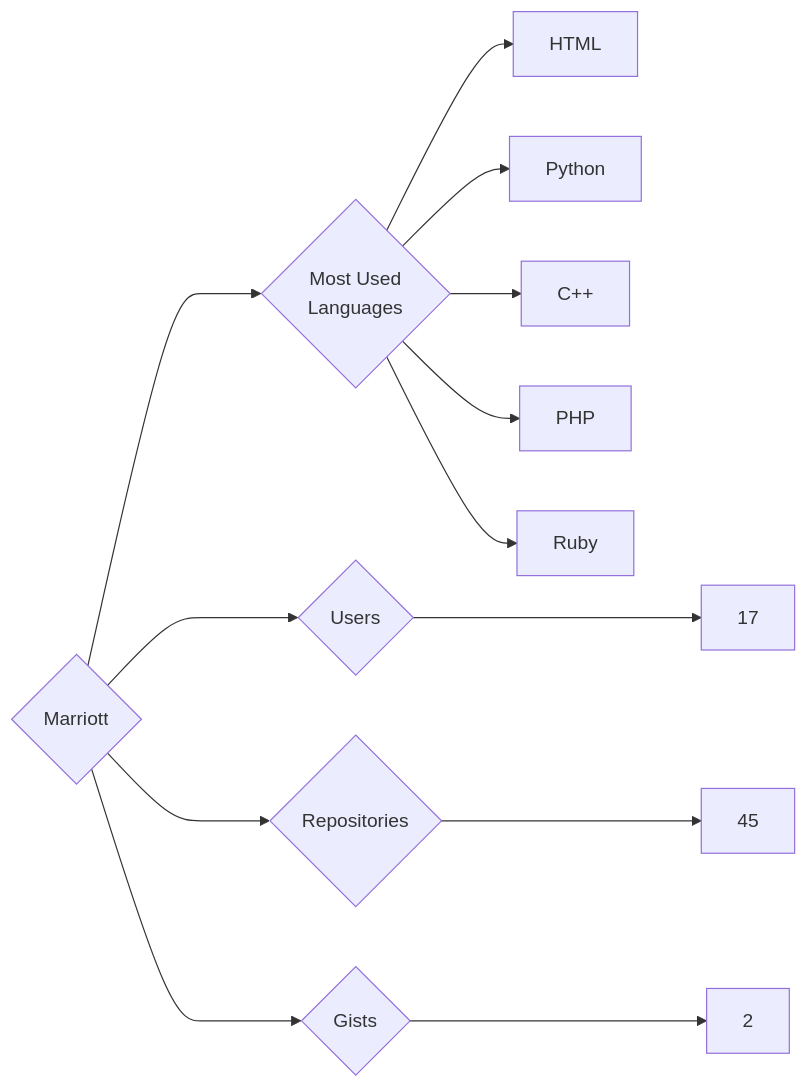
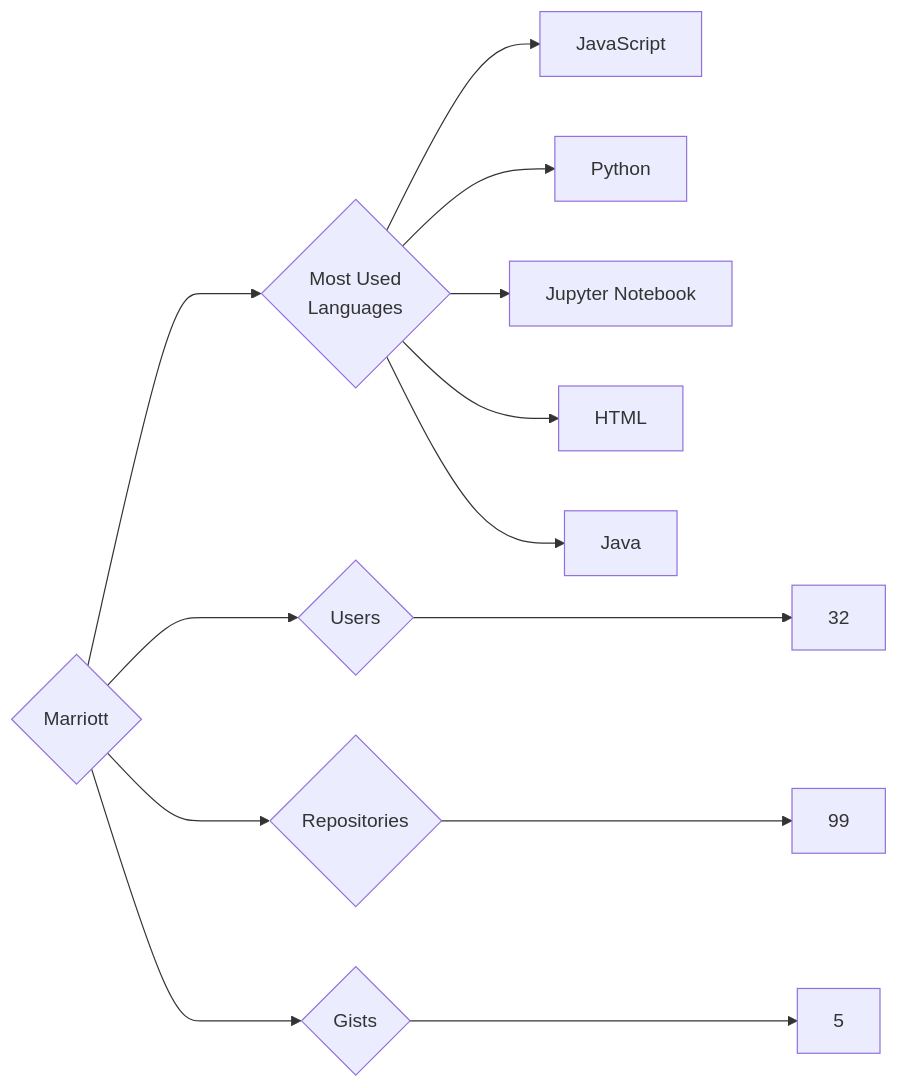
Before and after one commit to trickest/insiders: the diagram in targets/Marriott/README.md, drawn with Mermaid. The commit also changed 964 other files, not shown here.

````diff
--- a/targets/Marriott/README.md
+++ b/targets/Marriott/README.md
@@ -3,13 +3,13 @@
 ```mermaid
 graph LR
 COMPANY_NAME{Marriott}
-COMPANY_NAME ---> U{Users} ---> UN[17]
-COMPANY_NAME ---> R{Repositories} ---> RN[45]
-COMPANY_NAME ---> G{Gists} ---> GN[2]
+COMPANY_NAME ---> U{Users} ---> UN[32]
+COMPANY_NAME ---> R{Repositories} ---> RN[99]
+COMPANY_NAME ---> G{Gists} ---> GN[5]
 COMPANY_NAME ---> ML{Most Used<br>Languages}
+ML --> JavaScript[JavaScript]
+ML --> Python[Python]
+ML --> Jupyter_Notebook[Jupyter Notebook]
 ML --> HTML[HTML]
-ML --> Python[Python]
-ML --> C++[C++]
-ML --> PHP[PHP]
-ML --> Ruby[Ruby]
+ML --> Java[Java]
 ```
````
